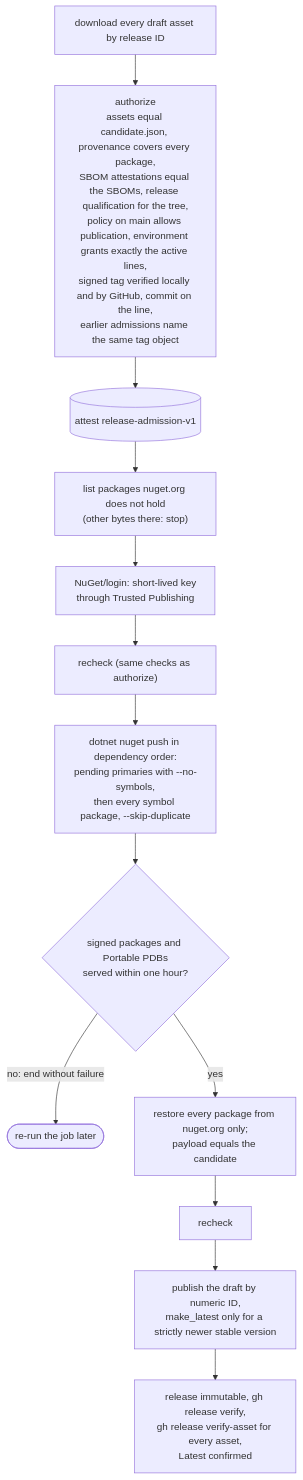
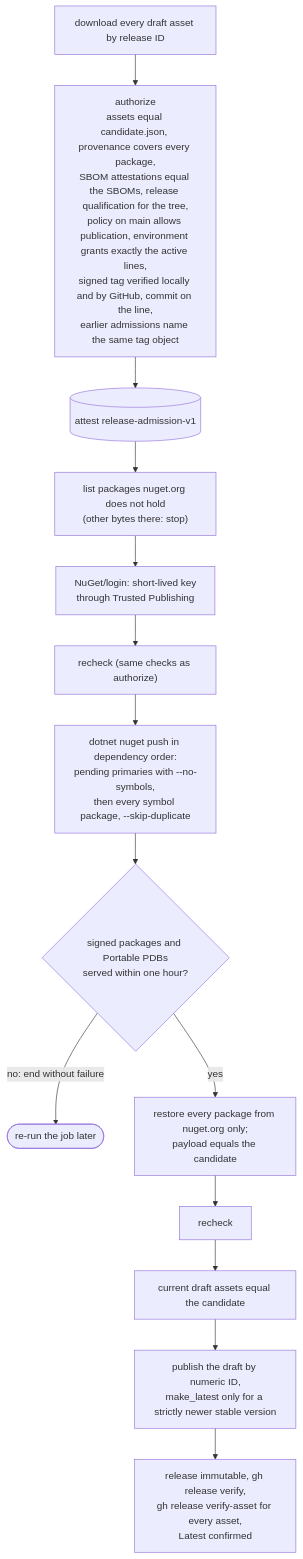
One commit to doka-labs/workflows changed diagram 13 of 19 in docs/overview.md. Above: the diagram before and after it, drawn with Mermaid. The commit also changed other lines of this file and 25 other files, not shown here.

````diff
--- a/docs/overview.md
+++ b/docs/overview.md
@@ -319,15 +319,16 @@
 ```mermaid
 flowchart TB
   dl["download every draft asset by release ID"] --> auth["authorize<br/>assets equal candidate.json, provenance covers every package,<br/>SBOM attestations equal the SBOMs, release qualification for the tree,<br/>policy on main allows publication, environment grants exactly the active lines,<br/>signed tag verified locally and by GitHub, commit on the line,<br/>earlier admissions name the same tag object"]
   auth --> adm[("attest release-admission-v1")]
   adm --> pending["list packages nuget.org does not hold<br/>(other bytes there: stop)"]
   pending --> login["NuGet/login: short-lived key<br/>through Trusted Publishing"]
   login --> recheck["recheck (same checks as authorize)"]
   recheck --> push["dotnet nuget push in dependency order:<br/>pending primaries with --no-symbols,<br/>then every symbol package, --skip-duplicate"]
   push --> readback{"signed packages and Portable PDBs<br/>served within one hour?"}
   readback -- "no: end without failure" --> rerun(["re-run the job later"])
   readback -- yes --> consumer["restore every package from nuget.org only;<br/>payload equals the candidate"]
   consumer --> recheck2["recheck"]
-  recheck2 --> rel["publish the draft by numeric ID,<br/>make_latest only for a strictly newer stable version"]
+  recheck2 --> cur["current draft assets equal the candidate"]
+  cur --> rel["publish the draft by numeric ID,<br/>make_latest only for a strictly newer stable version"]
   rel --> verify["release immutable, gh release verify,<br/>gh release verify-asset for every asset,<br/>Latest confirmed"]
 ```
````
